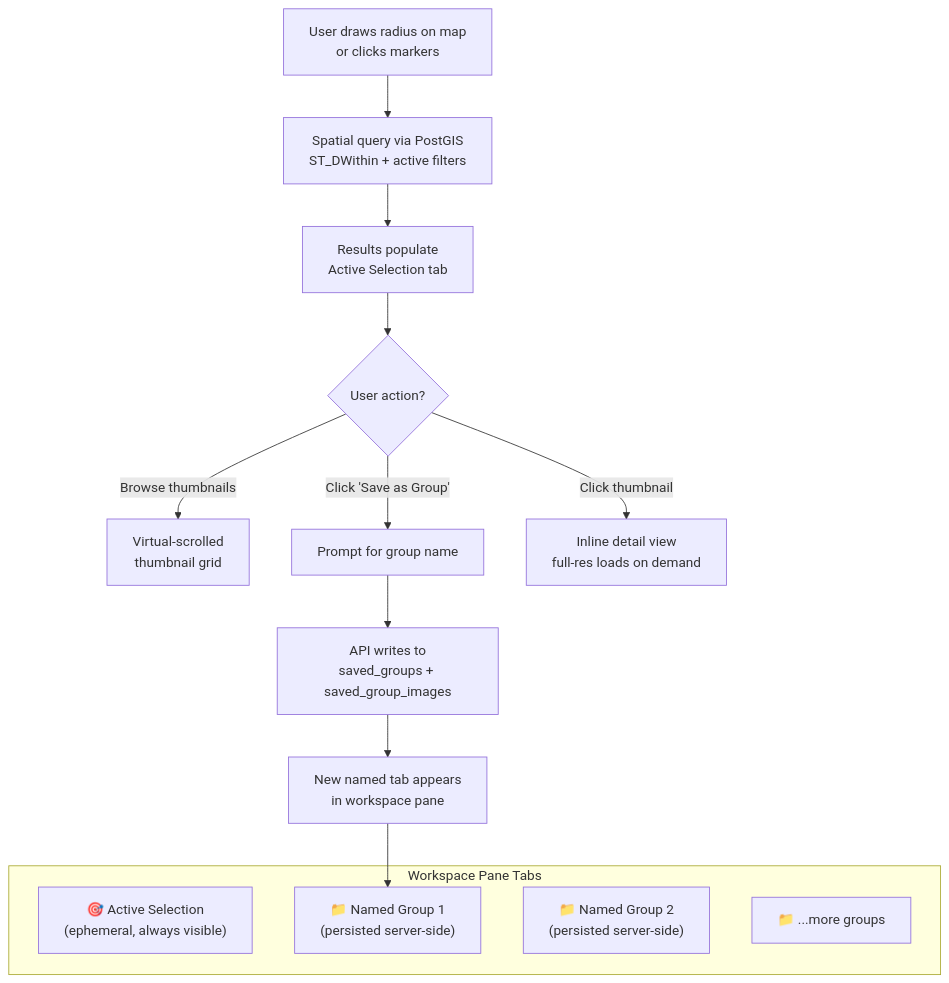
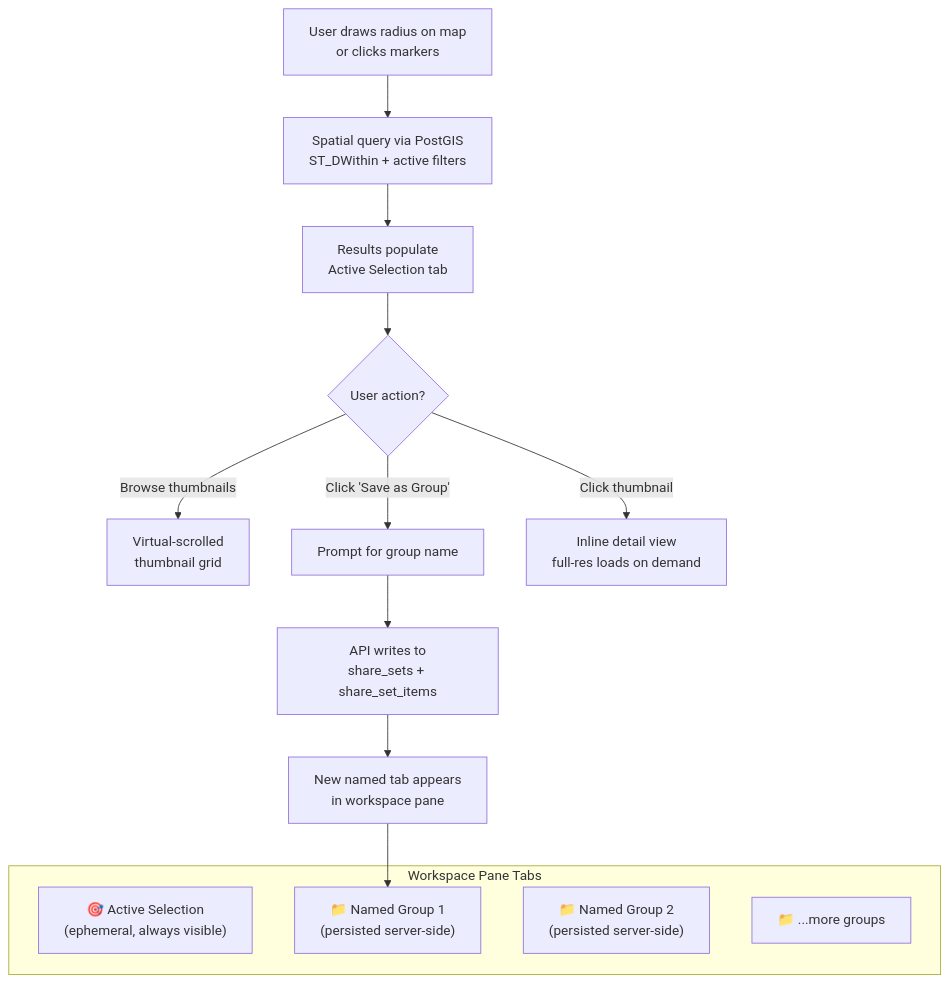
One commit to matkleve/feldpost changed the eighth of 11 diagrams in docs/architecture.md. Above: the diagram before and after it, drawn with Mermaid. The commit also changed other lines of this file and 16 other files, not shown here.

````diff
--- a/docs/architecture.md
+++ b/docs/architecture.md
@@ -856,22 +856,22 @@
 ```mermaid
 flowchart TD
   A[User draws radius on map<br/>or clicks markers] --> B[Spatial query via PostGIS<br/>ST_DWithin + active filters]
   B --> C[Results populate<br/>Active Selection tab]
 
   C --> D{User action?}
   D -->|Browse thumbnails| E[Virtual-scrolled<br/>thumbnail grid]
   D -->|Click 'Save as Group'| F[Prompt for group name]
   D -->|Click thumbnail| G[Inline detail view<br/>full-res loads on demand]
 
-  F --> H[API writes to<br/>saved_groups + saved_group_images]
+  F --> H[API writes to<br/>share_sets + share_set_items]
   H --> I[New named tab appears<br/>in workspace pane]
 
   subgraph "Workspace Pane Tabs"
     AS["🎯 Active Selection<br/>(ephemeral, always visible)"]
     NG1["📁 Named Group 1<br/>(persisted server-side)"]
     NG2["📁 Named Group 2<br/>(persisted server-side)"]
     NGn["📁 ...more groups"]
   end
 
   I --> NG1
 ```
````
